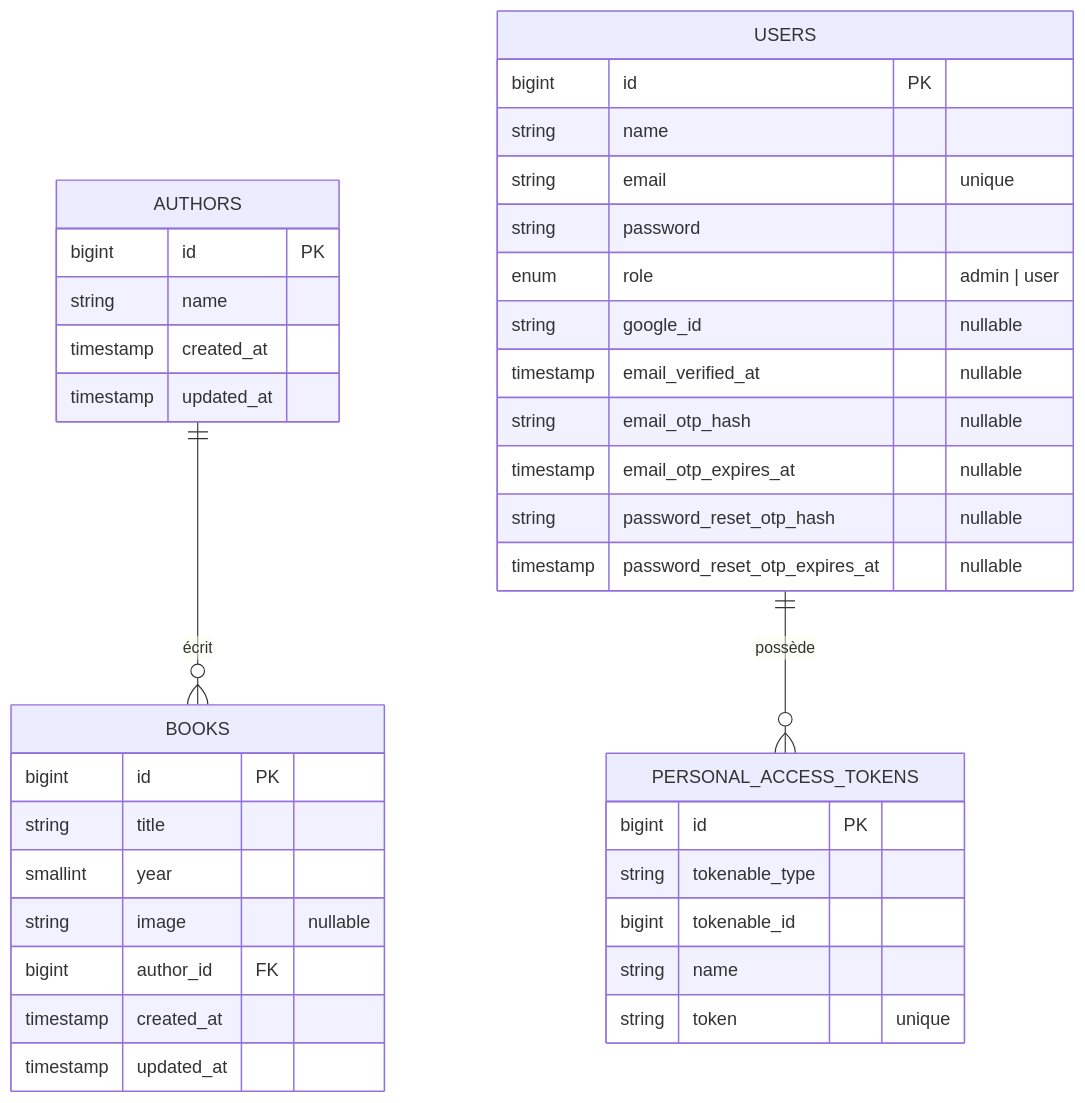
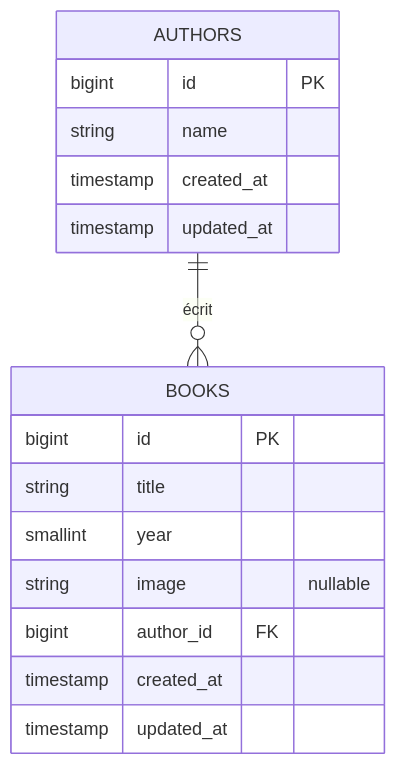
One commit to GhaziRabeh/gestion-de-livre changed the diagram in README.md. Above: the diagram before and after it, drawn with Mermaid. The commit also changed other lines of this file, not shown here.

Commit message:
book shop

````diff
--- a/README.md
+++ b/README.md
@@ -210,44 +210,24 @@
 ```mermaid
 erDiagram
     AUTHORS ||--o{ BOOKS : "écrit"
-    USERS ||--o{ PERSONAL_ACCESS_TOKENS : "possède"
+   
 
     AUTHORS {
         bigint id PK
         string name
         timestamp created_at
         timestamp updated_at
     }
 
     BOOKS {
         bigint id PK
         string title
         smallint year
         string image "nullable"
         bigint author_id FK
         timestamp created_at
         timestamp updated_at
     }
 
-    USERS {
-        bigint id PK
-        string name
-        string email "unique"
-        string password
-        enum role "admin | user"
-        string google_id "nullable"
-        timestamp email_verified_at "nullable"
-        string email_otp_hash "nullable"
-        timestamp email_otp_expires_at "nullable"
-        string password_reset_otp_hash "nullable"
-        timestamp password_reset_otp_expires_at "nullable"
-    }
 
-    PERSONAL_ACCESS_TOKENS {
-        bigint id PK
-        string tokenable_type
-        bigint tokenable_id
-        string name
-        string token "unique"
-    }
 ```
````
